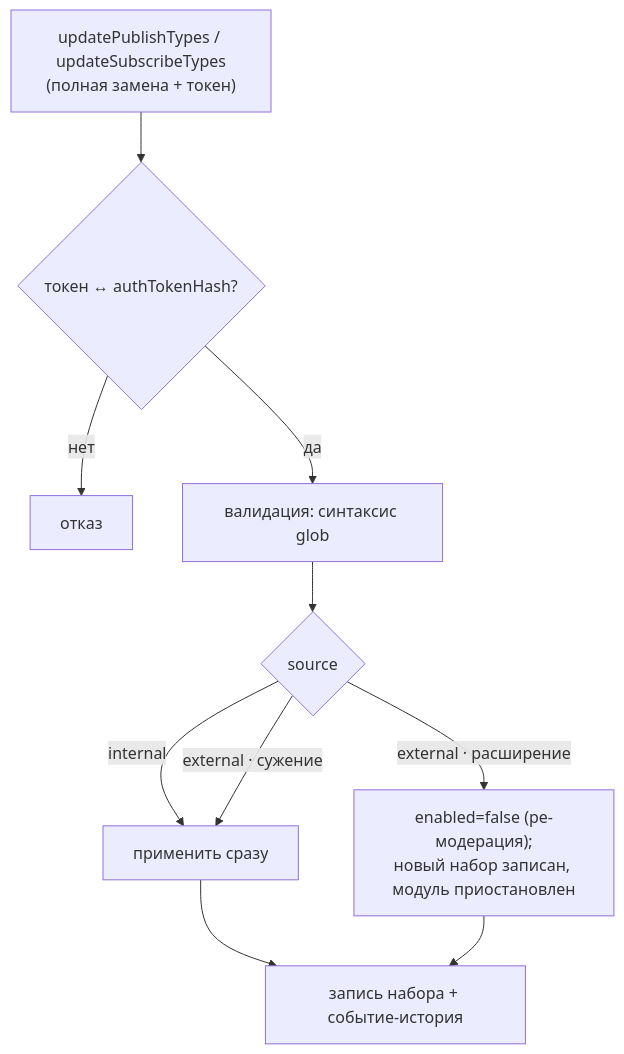
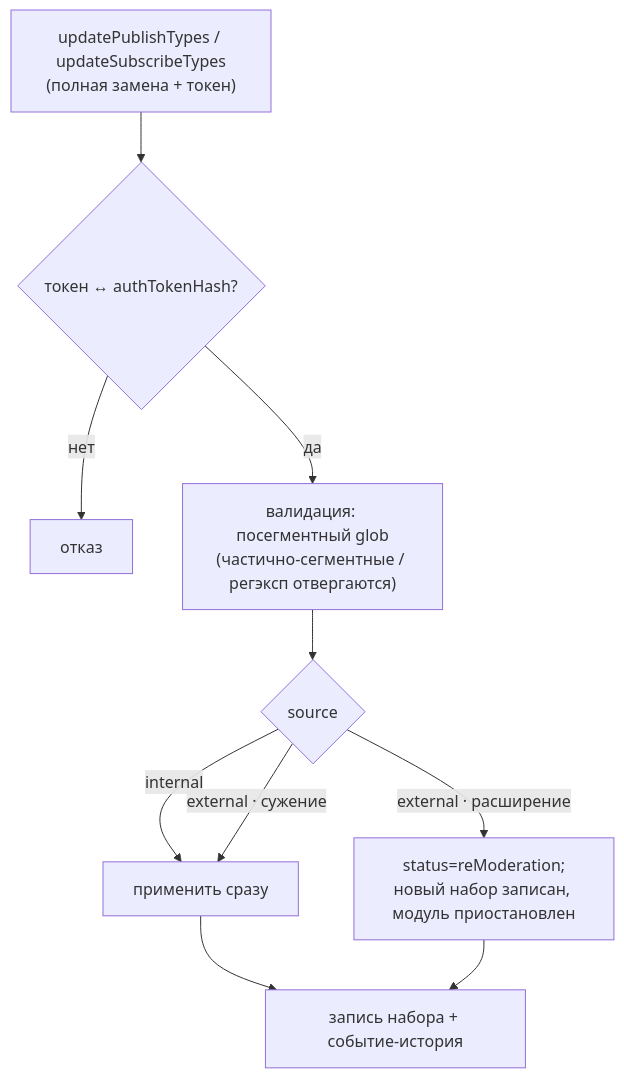
Before and after one commit to andrey-khudoley/Chatium: the fifth of 7 diagrams in s.chtm.khudoley.pro/p/units/aley/bpm/core/docs/spec/spec-map.md, drawn with Mermaid. The commit also changed other lines of this file and 4 other files, not shown here.

````diff
--- a/s.chtm.khudoley.pro/p/units/aley/bpm/core/docs/spec/spec-map.md
+++ b/s.chtm.khudoley.pro/p/units/aley/bpm/core/docs/spec/spec-map.md
@@ -170,12 +165,12 @@
 ```mermaid
 flowchart TB
   U["updatePublishTypes / updateSubscribeTypes<br/>(полная замена + токен)"] --> A{"токен ↔ authTokenHash?"}
   A -->|"нет"| X["отказ"]
-  A -->|"да"| V["валидация: синтаксис glob"]
+  A -->|"да"| V["валидация: посегментный glob<br/>(частично-сегментные / регэксп отвергаются)"]
   V --> S{"source"}
   S -->|"internal"| AP["применить сразу"]
-  S -->|"external · расширение"| MOD["enabled=false (ре-модерация);<br/>новый набор записан, модуль приостановлен"]
+  S -->|"external · расширение"| MOD["status=reModeration;<br/>новый набор записан, модуль приостановлен"]
   S -->|"external · сужение"| AP
   AP --> EV["запись набора + событие-история"]
   MOD --> EV
 ```
````
